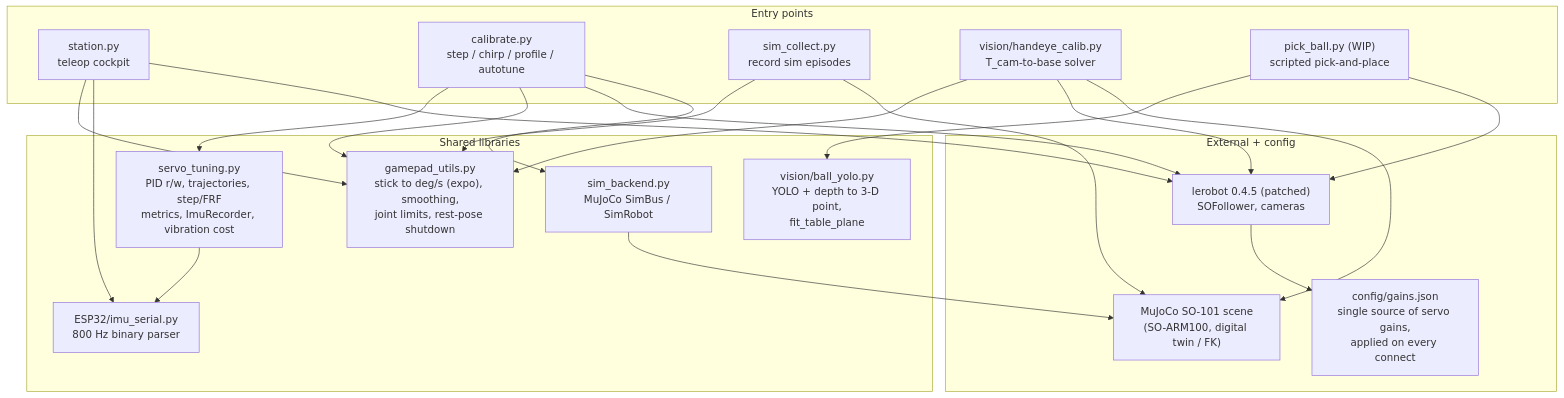
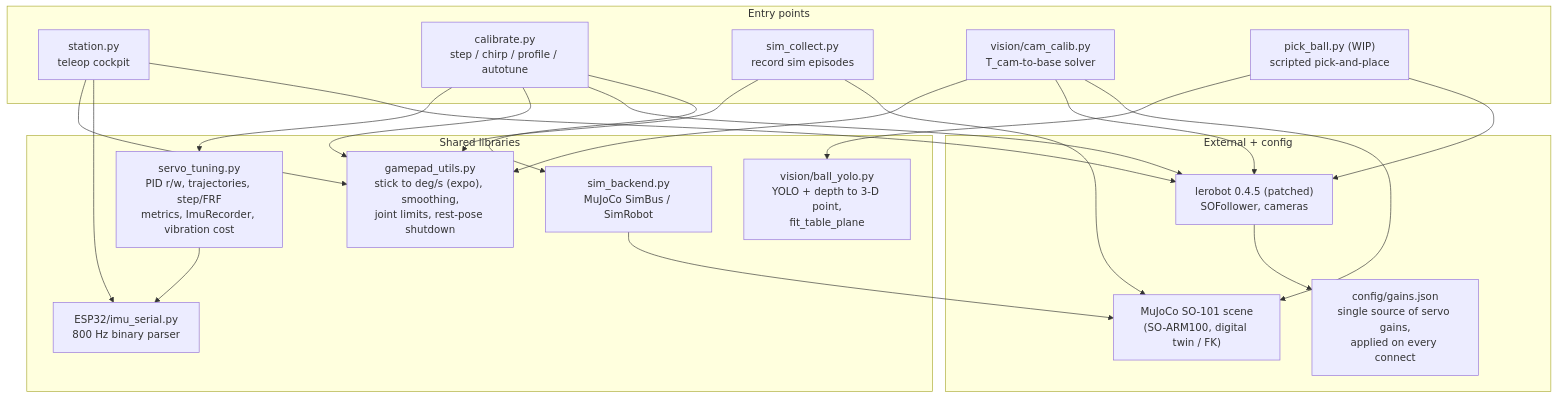
Before and after one commit to amiryanj/robot_bazoo: the second of 2 diagrams in README.md, drawn with Mermaid. The commit also changed other lines of this file and 20 other files, not shown here.

````diff
--- a/README.md
+++ b/README.md
@@ -50,33 +50,33 @@
 ```mermaid
 flowchart TD
     subgraph entry["Entry points"]
         station["station.py<br/>teleop cockpit"]
         calibrate["calibrate.py<br/>step / chirp / profile / autotune"]
         simc["sim_collect.py<br/>record sim episodes"]
-        he["vision/handeye_calib.py<br/>T_cam-to-base solver"]
+        he["vision/cam_calib.py<br/>T_cam-to-base solver"]
         pb["pick_ball.py (WIP)<br/>scripted pick-and-place"]
     end
 
     subgraph shared["Shared libraries"]
         gp["gamepad_utils.py<br/>stick to deg/s (expo), smoothing,<br/>joint limits, rest-pose shutdown"]
         stl["servo_tuning.py<br/>PID r/w, trajectories, step/FRF<br/>metrics, ImuRecorder, vibration cost"]
         imus["ESP32/imu_serial.py<br/>800 Hz binary parser"]
         vis["vision/ball_yolo.py<br/>YOLO + depth to 3-D point,<br/>fit_table_plane"]
         sb["sim_backend.py<br/>MuJoCo SimBus / SimRobot"]
     end
 
     subgraph extern["External + config"]
         lr["lerobot 0.4.5 (patched)<br/>SOFollower, cameras"]
         gj["config/gains.json<br/>single source of servo gains,<br/>applied on every connect"]
         mj["MuJoCo SO-101 scene<br/>(SO-ARM100, digital twin / FK)"]
     end
 
     station --> gp & imus & lr
     calibrate --> stl & gp & lr & sb
     simc --> gp & mj
     he --> gp & lr & mj
     pb --> vis & lr
     stl --> imus
     lr --> gj
     sb --> mj
 ```
````
